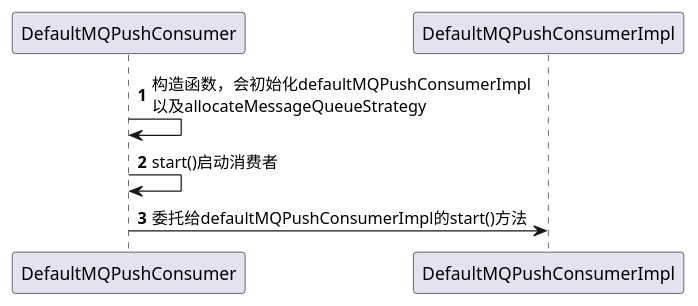
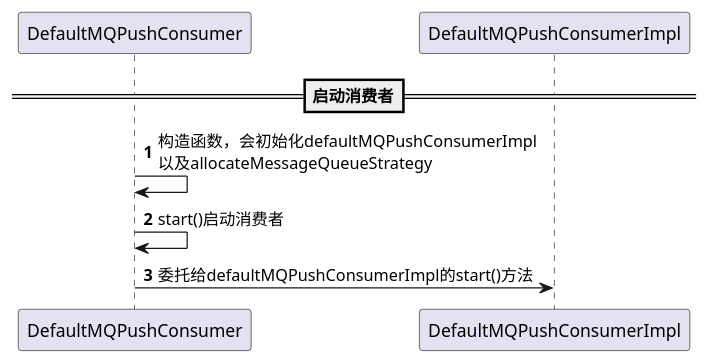
The diagram in docs/seqgram/PushConsumerProcess.puml (zyx333/rocketmq), drawn with PlantUML before and after one commit. The commit also changed 3 other files, not shown here.

```diff
--- a/docs/seqgram/PushConsumerProcess.puml
+++ b/docs/seqgram/PushConsumerProcess.puml
@@ -1,10 +1,13 @@
 @startuml
 'https://plantuml.com/sequence-diagram
 
 autonumber
 
+==启动消费者==
 DefaultMQPushConsumer -> DefaultMQPushConsumer: 构造函数，会初始化defaultMQPushConsumerImpl \n以及allocateMessageQueueStrategy
 DefaultMQPushConsumer -> DefaultMQPushConsumer: start()启动消费者
 DefaultMQPushConsumer -> DefaultMQPushConsumerImpl: 委托给defaultMQPushConsumerImpl的start()方法
 
+
+
 @enduml
```
